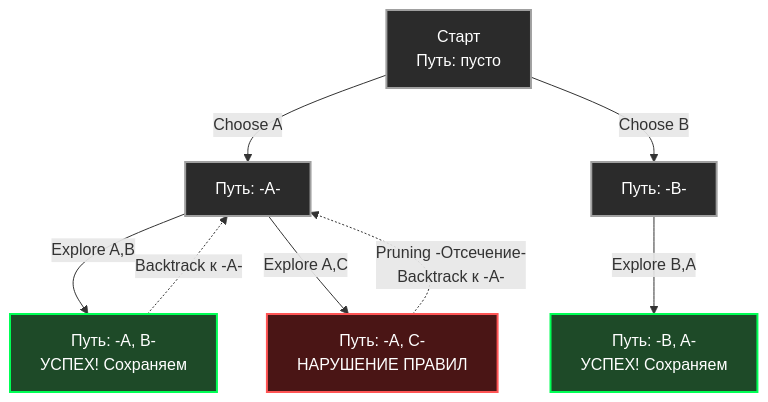
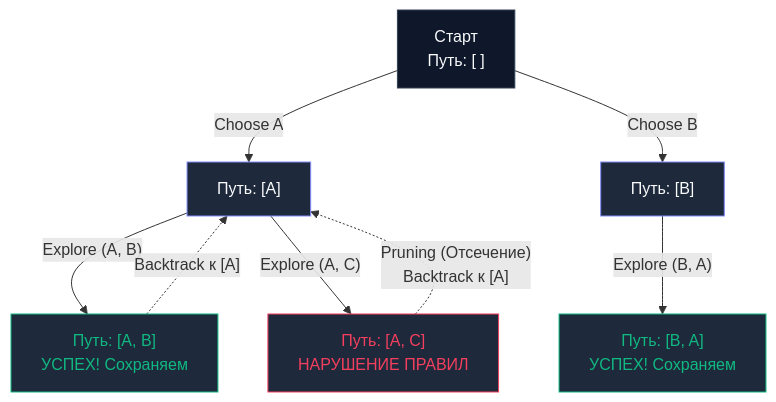
One commit to UnrealTemplier/go-textbook changed the diagram in sources/20. Алгоритмы и структуры данных (DSA) на Go/10. Алгоритмические парадигмы/4. Backtracking.md. Above: the diagram before and after it, drawn with Mermaid. The commit also changed other lines of this file, not shown here.

````diff
--- a/sources/20. Алгоритмы и структуры данных (DSA) на Go/10. Алгоритмические парадигмы/4. Backtracking.md
+++ b/sources/20. Алгоритмы и структуры данных (DSA) на Go/10. Алгоритмические парадигмы/4. Backtracking.md
@@ -21,22 +25,25 @@
 ```mermaid
 flowchart TD
-    Root["Старт<br>Путь: пусто"] 
+    Root["Старт<br/>Путь: [ ]"] 
     
-    Root -->|"Choose A"| NodeA["Путь: -A-"]
-    Root -->|"Choose B"| NodeB["Путь: -B-"]
+    Root -->|"Choose A"| NodeA["Путь: [A]"]
+    Root -->|"Choose B"| NodeB["Путь: [B]"]
     
-    NodeA -->|"Explore A,B"| NodeAB["Путь: -A, B-<br>УСПЕХ! Сохраняем"]
-    NodeA -->|"Explore A,C"| NodeAC["Путь: -A, C-<br>НАРУШЕНИЕ ПРАВИЛ"]
+    NodeA -->|"Explore (A, B)"| NodeAB["Путь: [A, B]<br/>УСПЕХ! Сохраняем"]
+    NodeA -->|"Explore (A, C)"| NodeAC["Путь: [A, C]<br/>НАРУШЕНИЕ ПРАВИЛ"]
     
-    NodeAC -.->|"Pruning -Отсечение-<br>Backtrack к -A-"| NodeA
-    NodeAB -.->|"Backtrack к -A-"| NodeA
+    NodeAC -.->|"Pruning (Отсечение)<br/>Backtrack к [A]"| NodeA
+    NodeAB -.->|"Backtrack к [A]"| NodeA
     
-    NodeB -->|"Explore B,A"| NodeBA["Путь: -B, A-<br>УСПЕХ! Сохраняем"]
-    
-    style Root fill:#2b2b2b,stroke:#a0a0a0,stroke-width:2px,color:#fff
-    style NodeA fill:#2b2b2b,stroke:#a0a0a0,stroke-width:2px,color:#fff
-    style NodeB fill:#2b2b2b,stroke:#a0a0a0,stroke-width:2px,color:#fff
-    style NodeAB fill:#1e4a28,stroke:#00ff55,stroke-width:2px,color:#fff
-    style NodeBA fill:#1e4a28,stroke:#00ff55,stroke-width:2px,color:#fff
-    style NodeAC fill:#4a1515,stroke:#ff5555,stroke-width:2px,color:#fff
+    NodeB -->|"Explore (B, A)"| NodeBA["Путь: [B, A]<br/>УСПЕХ! Сохраняем"]
+
+    classDef default fill:#0f172a,stroke:#334155,color:#f8fafc
+    classDef branch fill:#1e293b,stroke:#818cf8,color:#f8fafc
+    classDef success fill:#1e293b,stroke:#10b981,color:#10b981
+    classDef pruned fill:#1e293b,stroke:#f43f5e,color:#f43f5e
+
+    class Root default
+    class NodeA,NodeB branch
+    class NodeAB,NodeBA success
+    class NodeAC pruned
 ```
````
